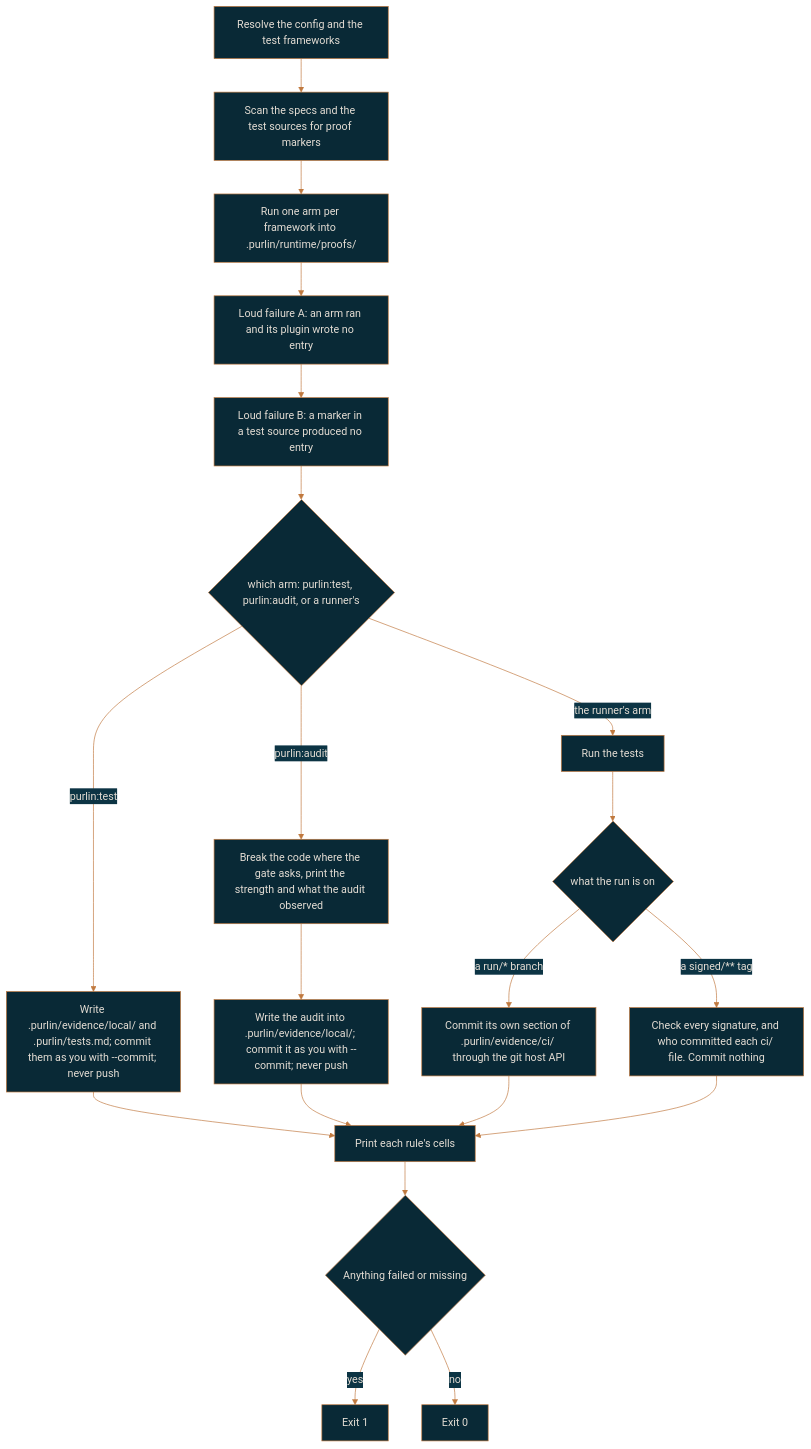
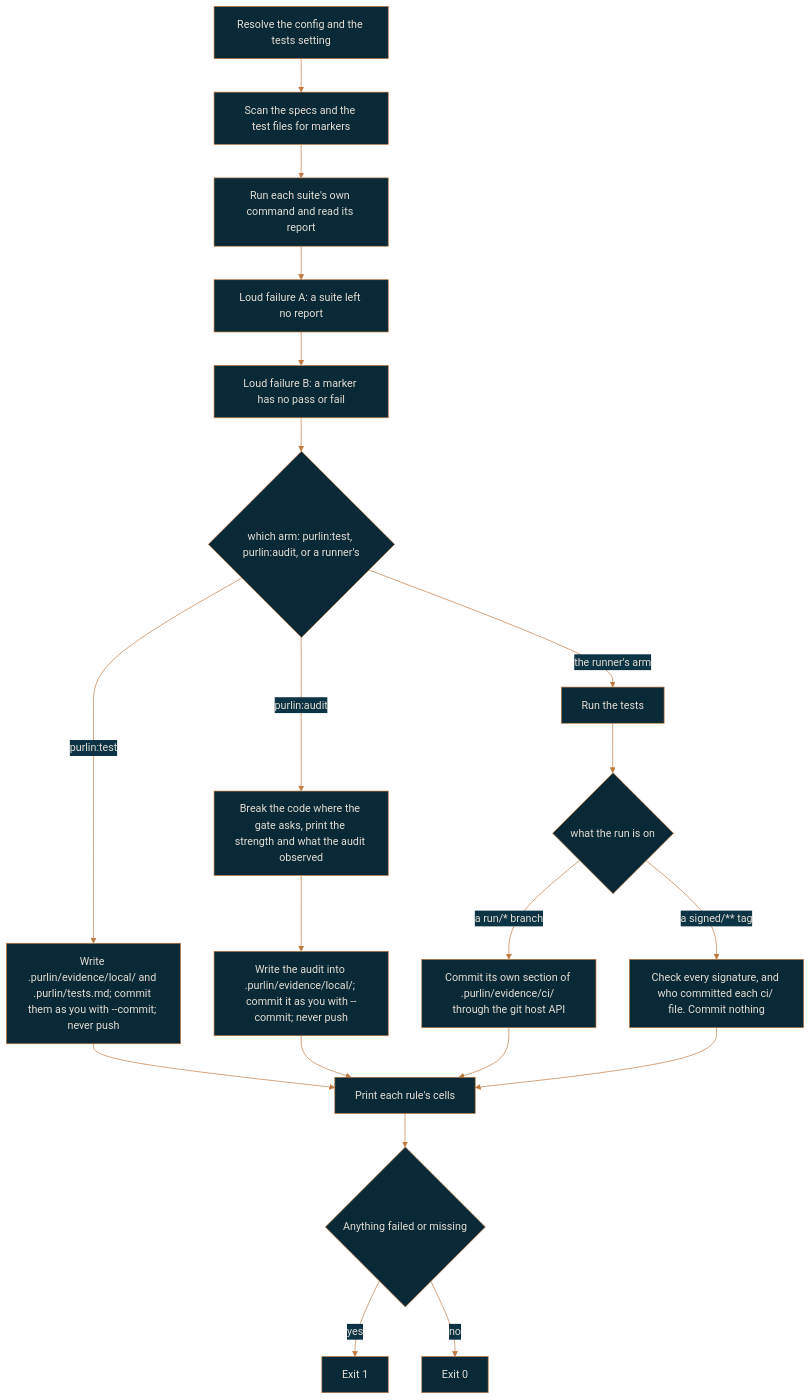
The diagram in docs/running-and-records.md (rlabarca/purlin), drawn with Mermaid before and after one commit. The commit also changed other lines of this file and 10 other files, not shown here.

First line of the commit message:
docs: the references and the docs name the marker comment, the tests setting and the report

````diff
--- a/docs/running-and-records.md
+++ b/docs/running-and-records.md
@@ -121,23 +122,23 @@
 ```mermaid
 %%{init: {"theme": "base", "themeVariables": {"background": "#0C3444", "primaryColor": "#092936", "primaryTextColor": "#E4DDD4", "primaryBorderColor": "#C0793F", "lineColor": "#C0793F", "secondaryColor": "#0C3444", "tertiaryColor": "#092936", "fontFamily": "Arial", "textColor": "#E4DDD4"}}}%%
 flowchart TD
-  A[Resolve the config and the test frameworks] --> B[Scan the specs and the test sources for proof markers]
-  B --> C[Run one arm per framework into .purlin/runtime/proofs/]
-  C --> D[Loud failure A: an arm ran and its plugin wrote no entry]
-  D --> E[Loud failure B: a marker in a test source produced no entry]
+  A[Resolve the config and the tests setting] --> B[Scan the specs and the test files for markers]
+  B --> C[Run each suite's own command and read its report]
+  C --> D[Loud failure A: a suite left no report]
+  D --> E[Loud failure B: a marker has no pass or fail]
   E --> F{"which arm: purlin:test, purlin:audit, or a runner's"}
   F -- "purlin:test" --> T1["Write .purlin/evidence/local/ and .purlin/tests.md; commit them as you with --commit; never push"]
   F -- "purlin:audit" --> A1["Break the code where the gate asks, print the strength and what the audit observed"]
   A1 --> A2["Write the audit into .purlin/evidence/local/; commit it as you with --commit; never push"]
   F -- "the runner's arm" --> H["Run the tests"]
   H --> Ci{"what the run is on"}
   Ci -->|"a run/* branch"| I2["Commit its own section of .purlin/evidence/ci/ through the git host API"]
   Ci -->|"a signed/** tag"| I3["Check every signature, and who committed each ci/ file. Commit nothing"]
   T1 --> G["Print each rule's cells"]
   A2 --> G
   I2 --> G
   I3 --> G
   G --> J{Anything failed or missing}
   J -- yes --> K[Exit 1]
   J -- no --> L[Exit 0]
 ```
````
